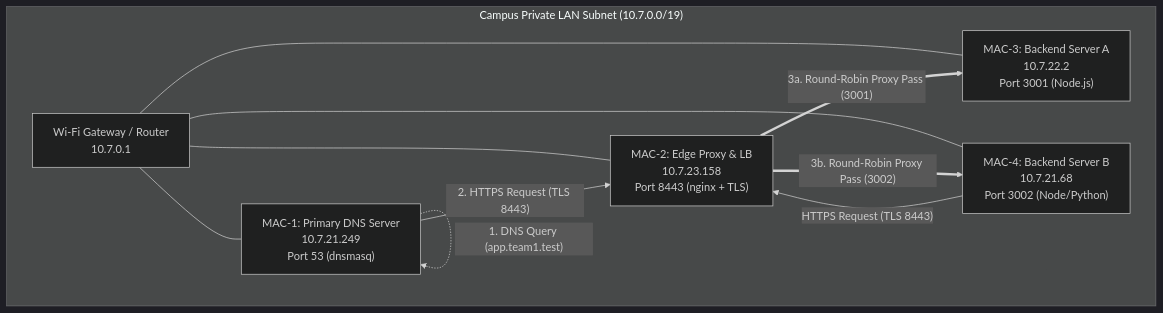
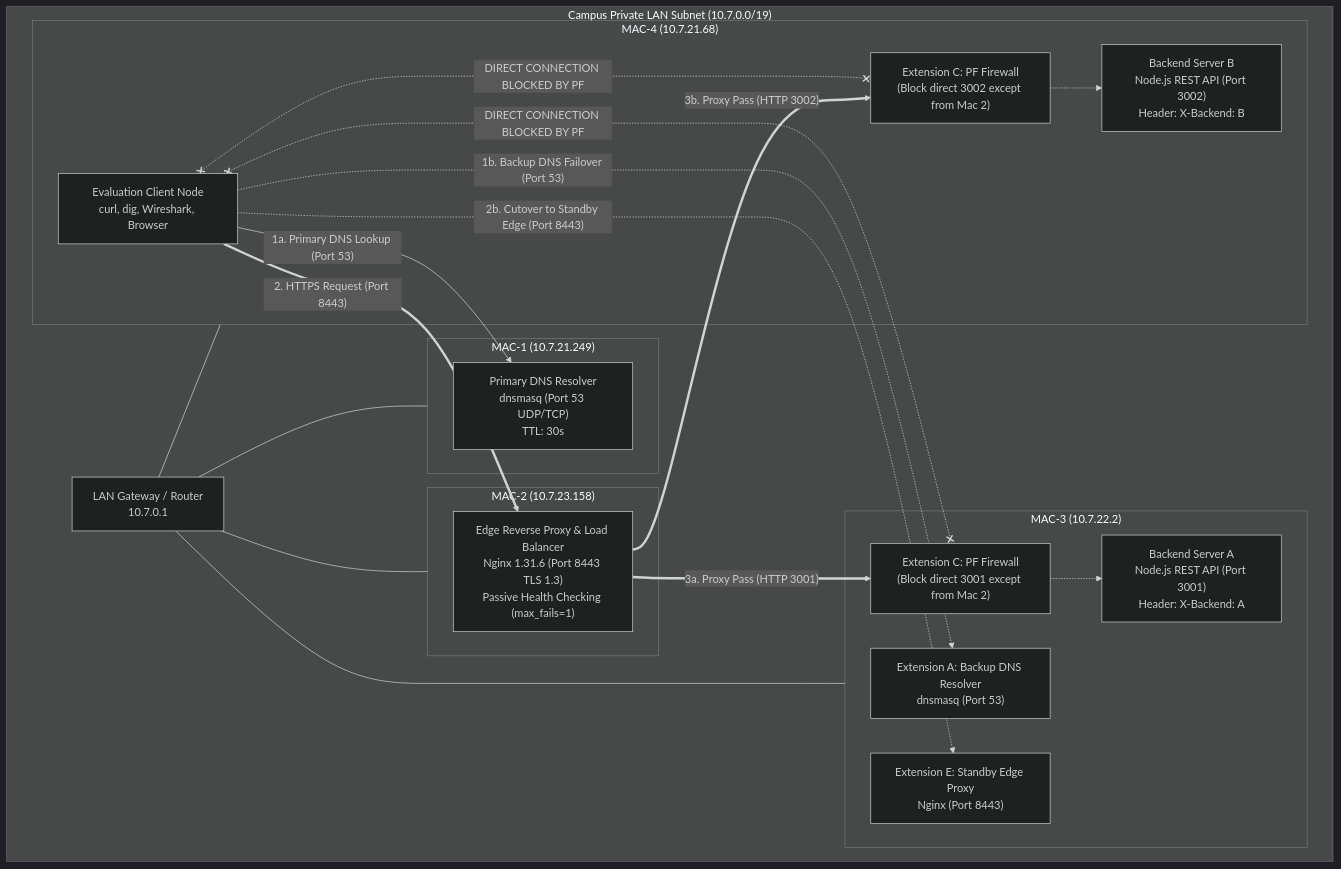
One commit to Ankit35027/Computer-Networks changed the first of 3 diagrams in ARCHITECTURE.md. Above: the diagram before and after it, drawn with Mermaid (dark theme). The commit also changed other lines of this file and 30 other files, not shown here.

Commit message:
WIP: Mac 2 local Phase 2 edits (backup before Stage 1)

````diff
--- a/ARCHITECTURE.md
+++ b/ARCHITECTURE.md
@@ -23,23 +26,52 @@
 ```mermaid
 flowchart TD
     subgraph LAN ["Campus Private LAN Subnet (10.7.0.0/19)"]
-        Router["Wi-Fi Gateway / Router<br/>10.7.0.1"]
+        Router["LAN Gateway / Router<br/>10.7.0.1"]
 
-        Mac1["MAC-1: Primary DNS Server<br/>10.7.21.249<br/>Port 53 (dnsmasq)"]
-        Mac2["MAC-2: Edge Proxy & LB<br/>10.7.23.158<br/>Port 8443 (nginx + TLS)"]
-        Mac3["MAC-3: Backend Server A<br/>10.7.22.2<br/>Port 3001 (Node.js)"]
-        Mac4["MAC-4: Backend Server B<br/>10.7.21.68<br/>Port 3002 (Node/Python)"]
+        subgraph M1 ["MAC-1 (10.7.21.249)"]
+            DNS1["Primary DNS Resolver<br/>dnsmasq (Port 53 UDP/TCP)<br/>TTL: 30s"]
+        end
 
-        Router --- Mac1
-        Router --- Mac2
-        Router --- Mac3
-        Router --- Mac4
+        subgraph M2 ["MAC-2 (10.7.23.158)"]
+            EdgeProxy["Edge Reverse Proxy & Load Balancer<br/>Nginx 1.31.6 (Port 8443 TLS 1.3)<br/>Passive Health Checking (max_fails=1)"]
+        end
+
+        subgraph M3 ["MAC-3 (10.7.22.2)"]
+            DNS2["Extension A: Backup DNS Resolver<br/>dnsmasq (Port 53)"]
+            PF3["Extension C: PF Firewall<br/>(Block direct 3001 except from Mac 2)"]
+            BackendA["Backend Server A<br/>Node.js REST API (Port 3001)<br/>Header: X-Backend: A"]
+            StandbyEdge["Extension E: Standby Edge Proxy<br/>Nginx (Port 8443)"]
+            
+            PF3 -.-> BackendA
+        end
+
+        subgraph M4 ["MAC-4 (10.7.21.68)"]
+            PF4["Extension C: PF Firewall<br/>(Block direct 3002 except from Mac 2)"]
+            BackendB["Backend Server B<br/>Node.js REST API (Port 3002)<br/>Header: X-Backend: B"]
+            ClientNode["Evaluation Client Node<br/>curl, dig, Wireshark, Browser"]
+            
+            PF4 -.-> BackendB
+        end
+
+        Router --- M1
+        Router --- M2
+        Router --- M3
+        Router --- M4
     end
 
-    Mac1 -.->|"1. DNS Query (app.team1.test)"| Mac1
-    Mac1 -- "2. HTTPS Request (TLS 8443)" --> Mac2
-    Mac4 -- "HTTPS Request (TLS 8443)" --> Mac2
+    %% Client Resolution Flow
+    ClientNode -->|"1a. Primary DNS Lookup (Port 53)"| DNS1
+    ClientNode -.->|"1b. Backup DNS Failover (Port 53)"| DNS2
     
-    Mac2 ==>|"3a. Round-Robin Proxy Pass (3001)"| Mac3
-    Mac2 ==>|"3b. Round-Robin Proxy Pass (3002)"| Mac4
+    %% Client HTTPS Request Flow
+    ClientNode ==>|"2. HTTPS Request (Port 8443)"| EdgeProxy
+    ClientNode -.->|"2b. Cutover to Standby Edge (Port 8443)"| StandbyEdge
+
+    %% Reverse Proxy Upstream Distribution
+    EdgeProxy ==>|"3a. Proxy Pass (HTTP 3001)"| PF3
+    EdgeProxy ==>|"3b. Proxy Pass (HTTP 3002)"| PF4
+
+    %% Blocked direct unauthorized client access
+    ClientNode x-.-x|"DIRECT CONNECTION BLOCKED BY PF"| PF3
+    ClientNode x-.-x|"DIRECT CONNECTION BLOCKED BY PF"| PF4
 ```
````
